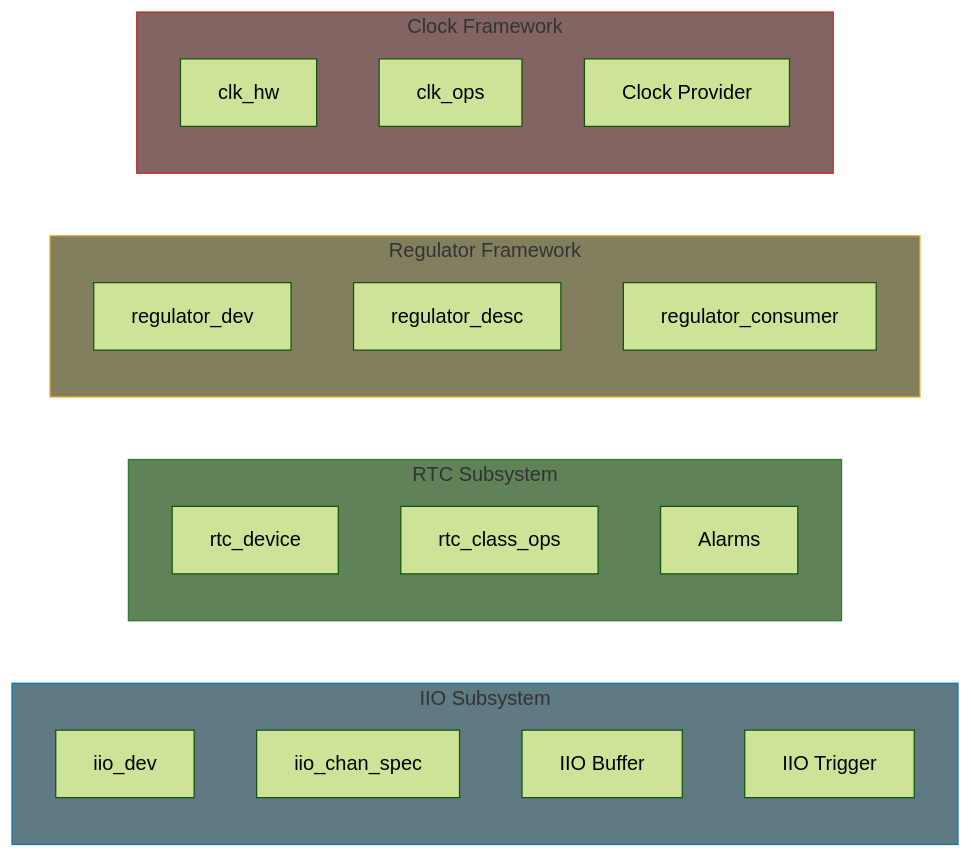
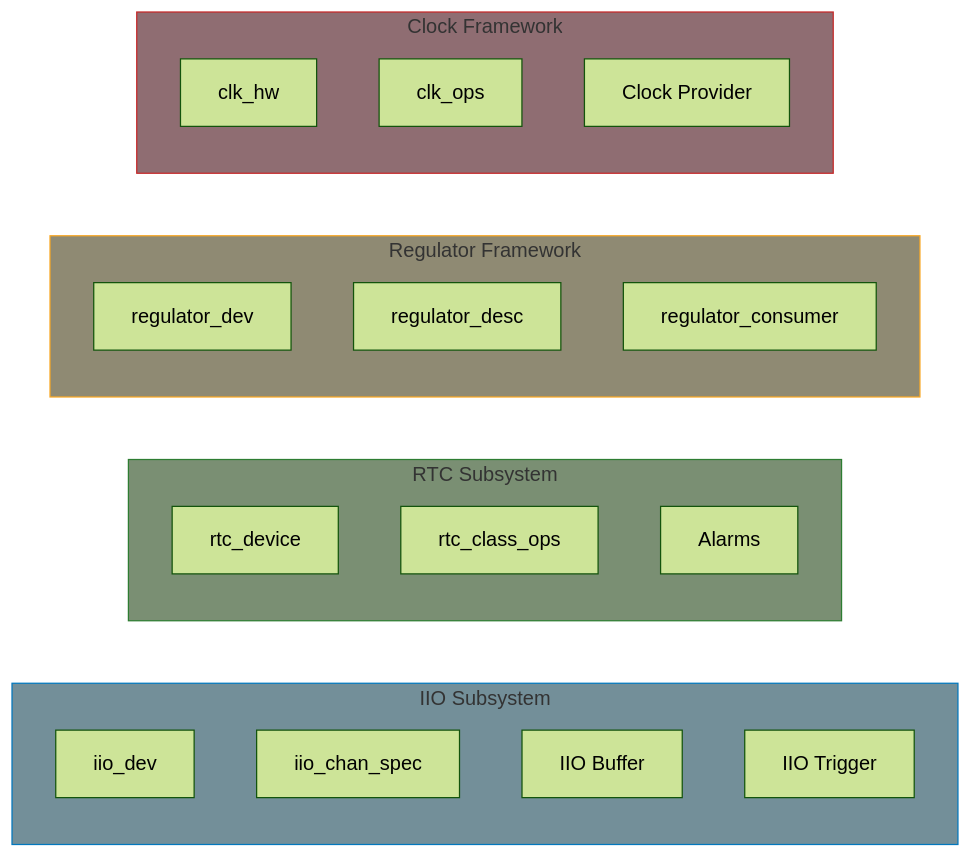
One commit to MichaelTien8901/linux-driver-guide-tutorial changed the second of 2 diagrams in part11/index.md. Above: the diagram before and after it, drawn with Mermaid (forest theme). The commit also changed 36 other files, not shown here.

Commit message:
Fix mermaid diagram colors to use consistent paper-like theme

````diff
--- a/part11/index.md
+++ b/part11/index.md
@@ -85,32 +85,32 @@
 ```mermaid
 flowchart LR
     subgraph IIO_Sub["IIO Subsystem"]
         IIODEV["iio_dev"]
         IIOCHAN["iio_chan_spec"]
         IIOBUF["IIO Buffer"]
         IIOTRIG["IIO Trigger"]
     end
 
     subgraph RTC_Sub["RTC Subsystem"]
         RTCDEV2["rtc_device"]
         RTCOPS["rtc_class_ops"]
         RTCALARM["Alarms"]
     end
 
     subgraph REG_Sub["Regulator Framework"]
         REGDEV["regulator_dev"]
         REGDESC["regulator_desc"]
         REGCON["regulator_consumer"]
     end
 
     subgraph CLK_Sub["Clock Framework"]
         CLKHW["clk_hw"]
         CLKOPS["clk_ops"]
         CLKPROV["Clock Provider"]
     end
 
-    style IIO_Sub fill:#5f7a82,stroke:#0277bd
-    style RTC_Sub fill:#5f8259,stroke:#2e7d32
-    style REG_Sub fill:#827f5f,stroke:#f9a825
-    style CLK_Sub fill:#826563,stroke:#c62828
+    style IIO_Sub fill:#738f99,stroke:#0277bd
+    style RTC_Sub fill:#7a8f73,stroke:#2e7d32
+    style REG_Sub fill:#8f8a73,stroke:#f9a825
+    style CLK_Sub fill:#8f6d72,stroke:#c62828
 ```
````
